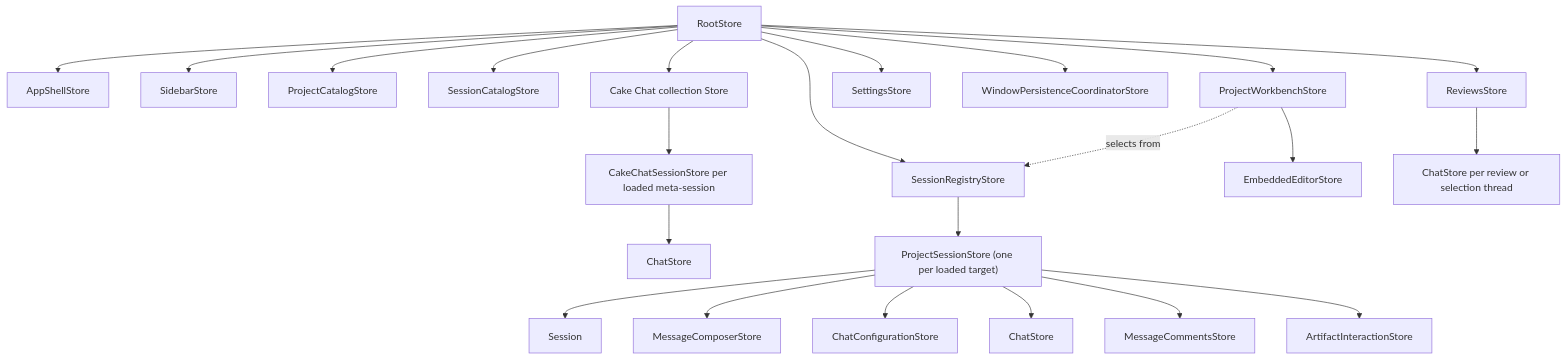
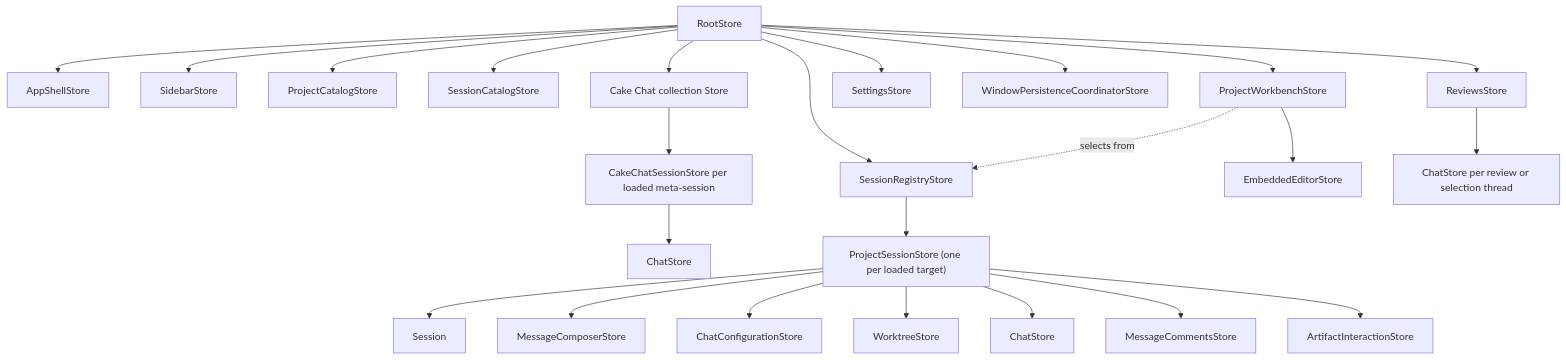
Before and after one commit to melnikov-s/cake: the diagram in docs/architecture/cake-architecture.md, drawn with Mermaid. The commit also changed other lines of this file and 9 other files, not shown here.

````diff
--- a/docs/architecture/cake-architecture.md
+++ b/docs/architecture/cake-architecture.md
@@ -277,25 +278,26 @@
 ```mermaid
 flowchart TD
   Root["RootStore"] --> Shell["AppShellStore"]
   Root --> Sidebar["SidebarStore"]
   Root --> Projects["ProjectCatalogStore"]
   Root --> Catalog["SessionCatalogStore"]
   Root --> Registry["SessionRegistryStore"]
   Root --> Workbench["ProjectWorkbenchStore"]
   Root --> CakeChat["Cake Chat collection Store"]
   CakeChat --> CakeSession["CakeChatSessionStore per loaded meta-session"]
   CakeSession --> MetaChat["ChatStore"]
   Root --> Settings["SettingsStore"]
   Root --> Persistence["WindowPersistenceCoordinatorStore"]
   Workbench -. selects from .-> Registry
   Workbench --> IDE["EmbeddedEditorStore"]
   Registry --> Session["ProjectSessionStore (one per loaded target)"]
   Session --> Model["Session"]
   Session --> Composer["MessageComposerStore"]
   Session --> Config["ChatConfigurationStore"]
+  Session --> Worktree["WorktreeStore"]
   Session --> Chat["ChatStore"]
   Session --> Comments["MessageCommentsStore"]
   Session --> Artifacts["ArtifactInteractionStore"]
   Root --> Reviews["ReviewsStore"]
   Reviews --> ThreadChats["ChatStore per review or selection thread"]
 ```
````
